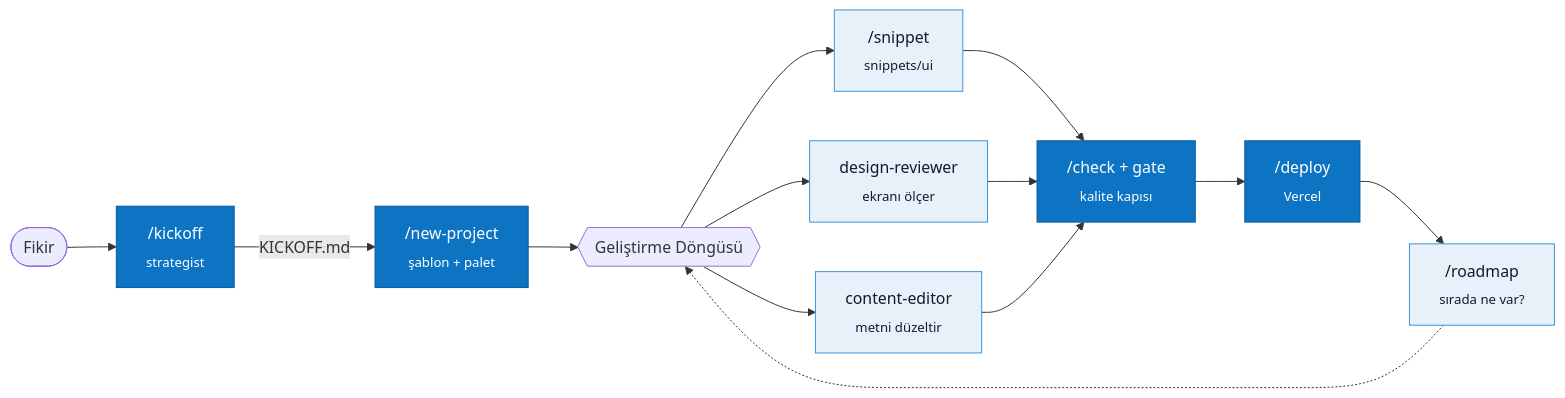
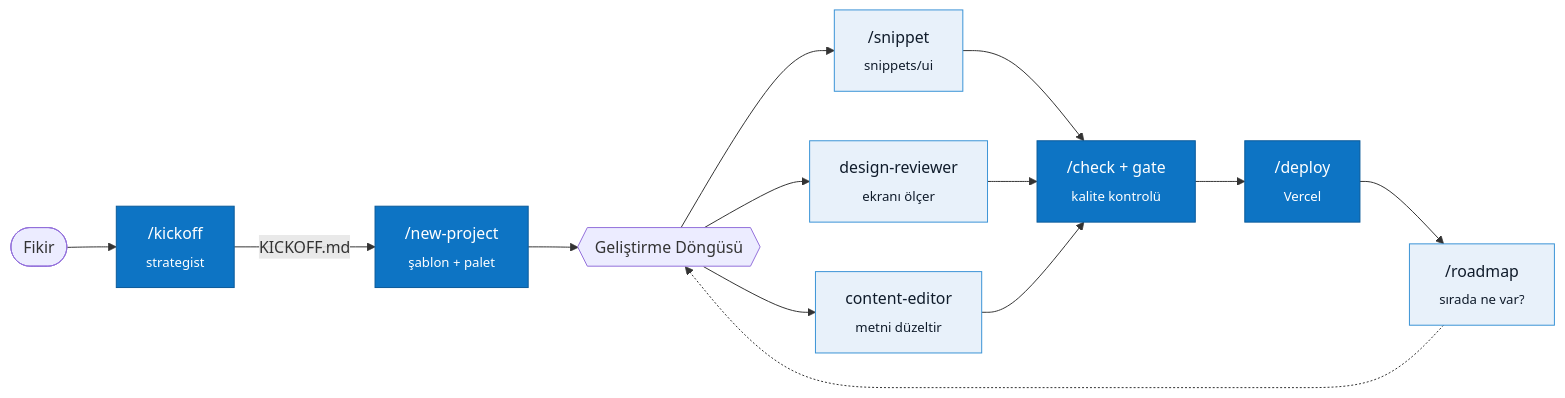
The first of 2 diagrams in README.md (ahmetakyapi/dev-starter), drawn with Mermaid before and after one commit. The commit also changed other lines of this file and 6 other files, not shown here.

````diff
--- a/README.md
+++ b/README.md
@@ -52,18 +52,18 @@
 ```mermaid
 flowchart LR
     A([Fikir]) --> K["/kickoff<br/><sub>strategist</sub>"]
     K -->|KICKOFF.md| N["/new-project<br/><sub>şablon + palet</sub>"]
     N --> D{{Geliştirme Döngüsü}}
     D --> S["/snippet<br/><sub>snippets/ui</sub>"]
     D --> R["design-reviewer<br/><sub>ekranı ölçer</sub>"]
     D --> E["content-editor<br/><sub>metni düzeltir</sub>"]
-    S & R & E --> G["/check + gate<br/><sub>kalite kapısı</sub>"]
+    S & R & E --> G["/check + gate<br/><sub>kalite kontrolü</sub>"]
     G --> P["/deploy<br/><sub>Vercel</sub>"]
     P --> M["/roadmap<br/><sub>sırada ne var?</sub>"]
     M -.-> D
 
     classDef step fill:#0d74c4,stroke:#0a5a9a,color:#fff
     classDef soft fill:#e8f1fa,stroke:#3a93d6,color:#101c2b
     class K,N,G,P step
     class S,R,E,M soft
 ```
````
